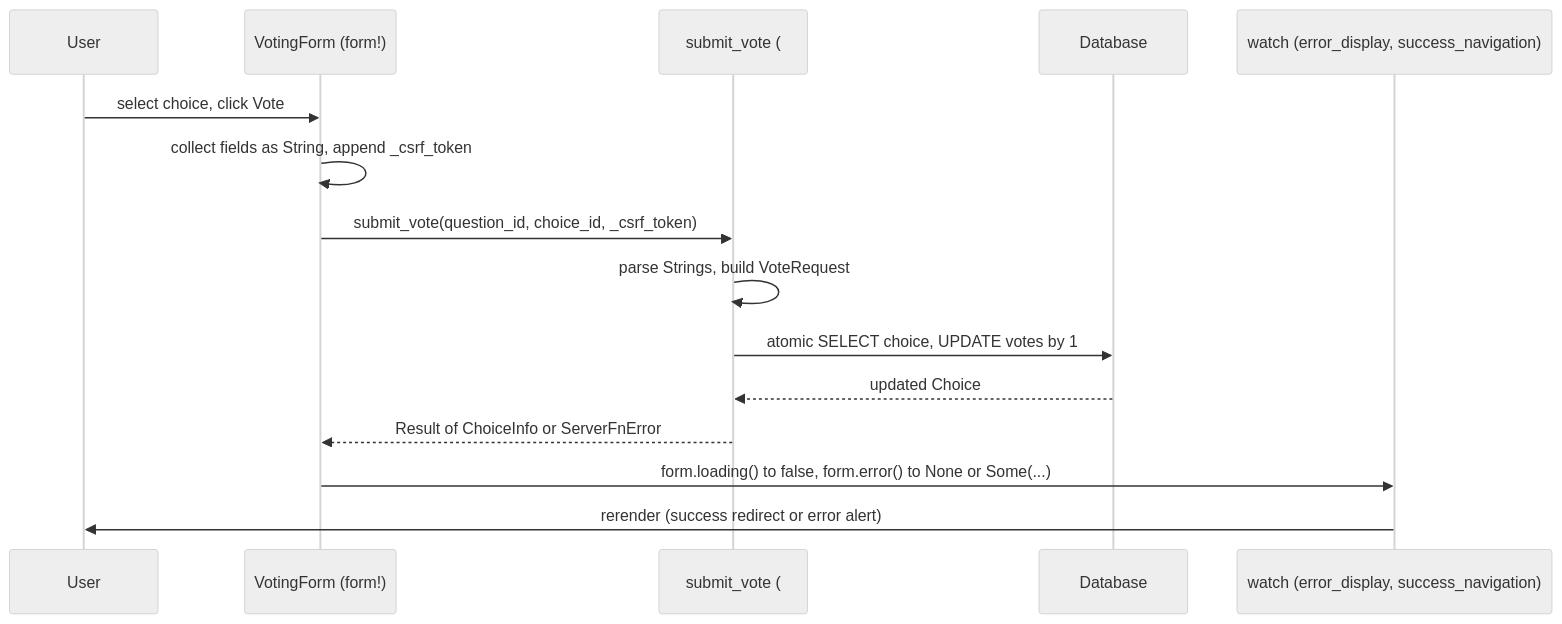
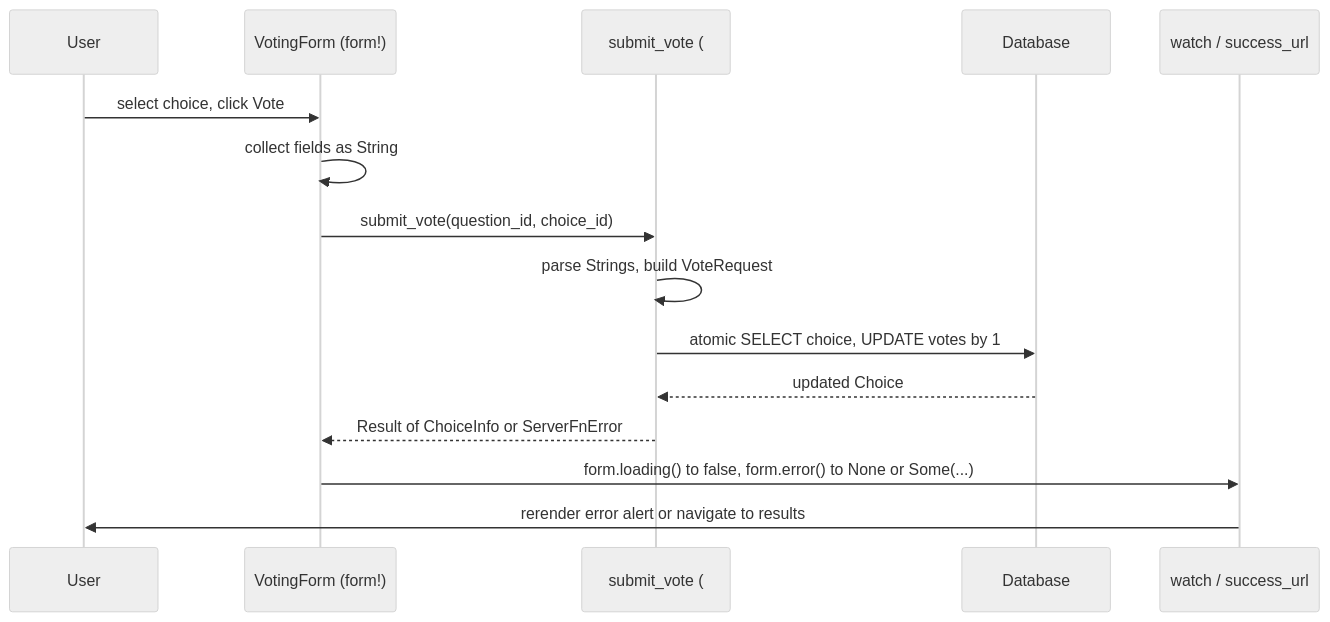
The diagram in website/content/quickstart/tutorials/basis/4-forms-and-generic-views.md (kent8192/reinhardt-web), drawn with Mermaid (neutral theme) before and after one commit. The commit also changed other lines of this file and 5 other files, not shown here.

````diff
--- a/website/content/quickstart/tutorials/basis/4-forms-and-generic-views.md
+++ b/website/content/quickstart/tutorials/basis/4-forms-and-generic-views.md
@@ -456,18 +522,18 @@
 ```mermaid
 sequenceDiagram
     participant U as User
     participant F as VotingForm (form!)
     participant SF as submit_vote (#[server_fn])
     participant DB as Database
-    participant W as watch (error_display, success_navigation)
+    participant W as watch / success_url
 
     U->>F: select choice, click Vote
-    F->>F: collect fields as String, append _csrf_token
-    F->>SF: submit_vote(question_id, choice_id, _csrf_token)
+    F->>F: collect fields as String
+    F->>SF: submit_vote(question_id, choice_id)
     SF->>SF: parse Strings, build VoteRequest
     SF->>DB: atomic SELECT choice, UPDATE votes by 1
     DB-->>SF: updated Choice
     SF-->>F: Result of ChoiceInfo or ServerFnError
     F->>W: form.loading() to false, form.error() to None or Some(...)
-    W->>U: rerender (success redirect or error alert)
+    W->>U: rerender error alert or navigate to results
 ```
````
